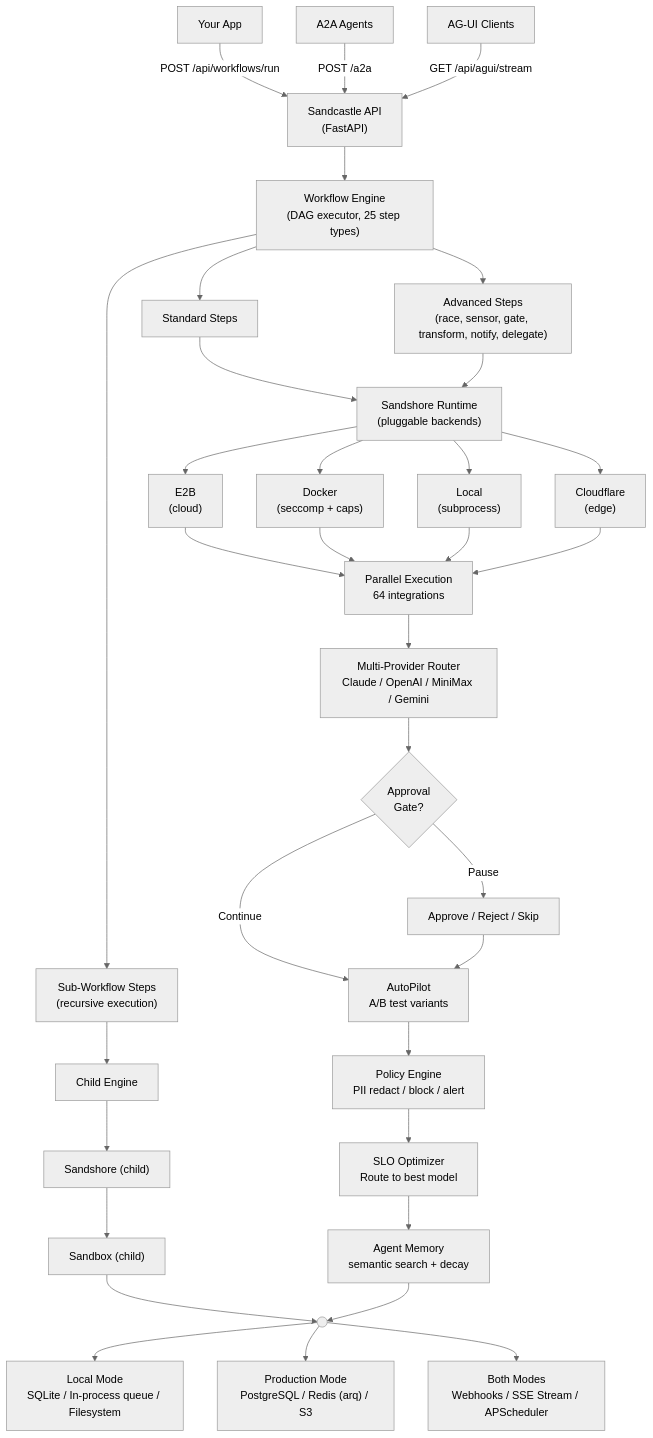
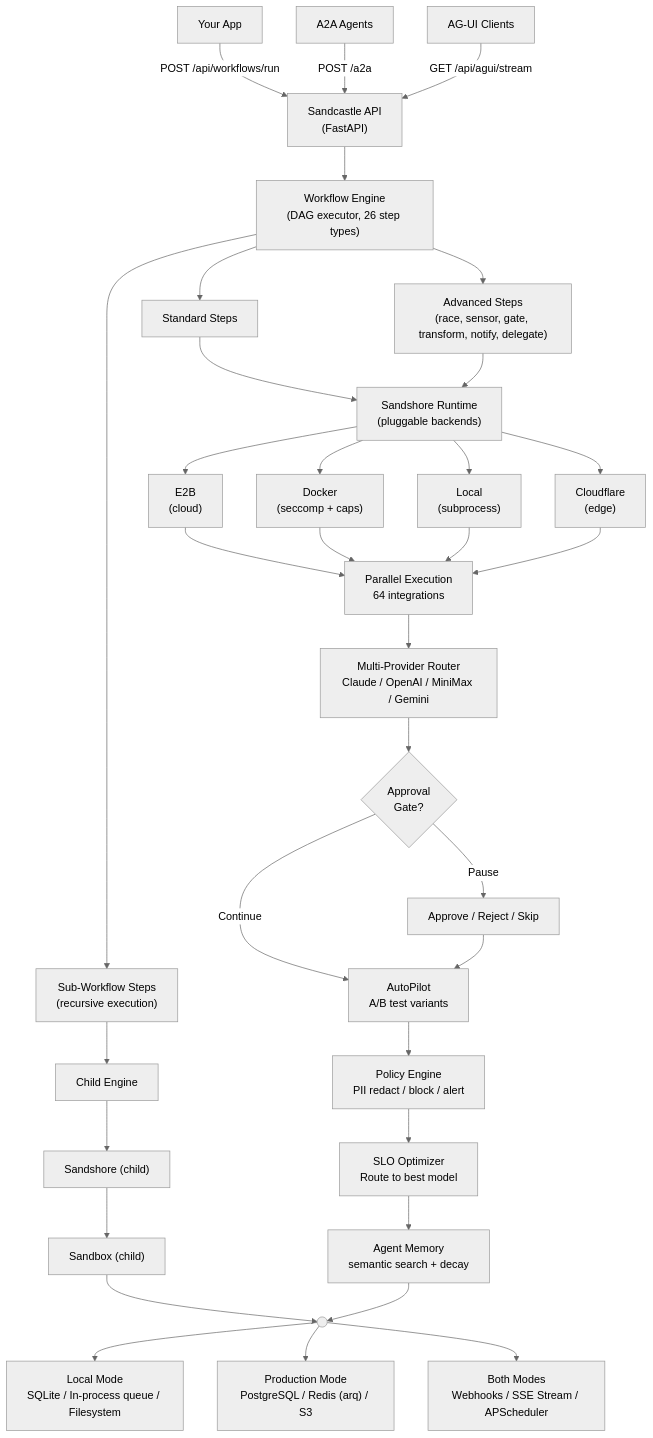
Before and after one commit to gizmax/Sandcastle: the second of 2 diagrams in README.md, drawn with Mermaid (neutral theme). The commit also changed other lines of this file and 26 other files, not shown here.

````diff
--- a/README.md
+++ b/README.md
@@ -2383,47 +2384,47 @@
 ```mermaid
 flowchart TD
     App["Your App"] -->|"POST /api/workflows/run"| API["Sandcastle API\n(FastAPI)"]
     A2A["A2A Agents"] -->|"POST /a2a"| API
     AGUI["AG-UI Clients"] -->|"GET /api/agui/stream"| API
 
-    API --> Engine["Workflow Engine\n(DAG executor, 25 step types)"]
+    API --> Engine["Workflow Engine\n(DAG executor, 26 step types)"]
 
     Engine --> Standard["Standard Steps"]
     Engine --> Sub["Sub-Workflow Steps\n(recursive execution)"]
     Engine --> Advanced["Advanced Steps\n(race, sensor, gate, transform, notify, delegate)"]
 
     Standard --> Sandshore["Sandshore Runtime\n(pluggable backends)"]
     Sub --> Child["Child Engine"]
     Advanced --> Sandshore
     Child --> SandshoreChild["Sandshore (child)"]
 
     Sandshore --> E2B["E2B\n(cloud)"]
     Sandshore --> Docker["Docker\n(seccomp + caps)"]
     Sandshore --> Local["Local\n(subprocess)"]
     Sandshore --> CF["Cloudflare\n(edge)"]
     SandshoreChild --> E2B2["Sandbox (child)"]
 
     E2B --> Execution
     Docker --> Execution
     Local --> Execution
     CF --> Execution
     E2B2 --> Merge
 
     Execution["Parallel Execution\n64 integrations"] --> Provider["Multi-Provider Router\nClaude / OpenAI / MiniMax / Gemini"]
 
     Provider --> Gate{"Approval\nGate?"}
 
     Gate -->|"Pause"| Review["Approve / Reject / Skip"]
     Gate -->|"Continue"| AutoPilot
 
     Review --> AutoPilot["AutoPilot\nA/B test variants"]
     AutoPilot --> Policy["Policy Engine\nPII redact / block / alert"]
     Policy --> Optimizer["SLO Optimizer\nRoute to best model"]
     Optimizer --> Memory["Agent Memory\nsemantic search + decay"]
 
     Memory --> Merge((" "))
 
     Merge --> LocalMode["Local Mode\nSQLite / In-process queue / Filesystem"]
     Merge --> ProdMode["Production Mode\nPostgreSQL / Redis (arq) / S3"]
     Merge --> BothModes["Both Modes\nWebhooks / SSE Stream / APScheduler"]
 ```
````
